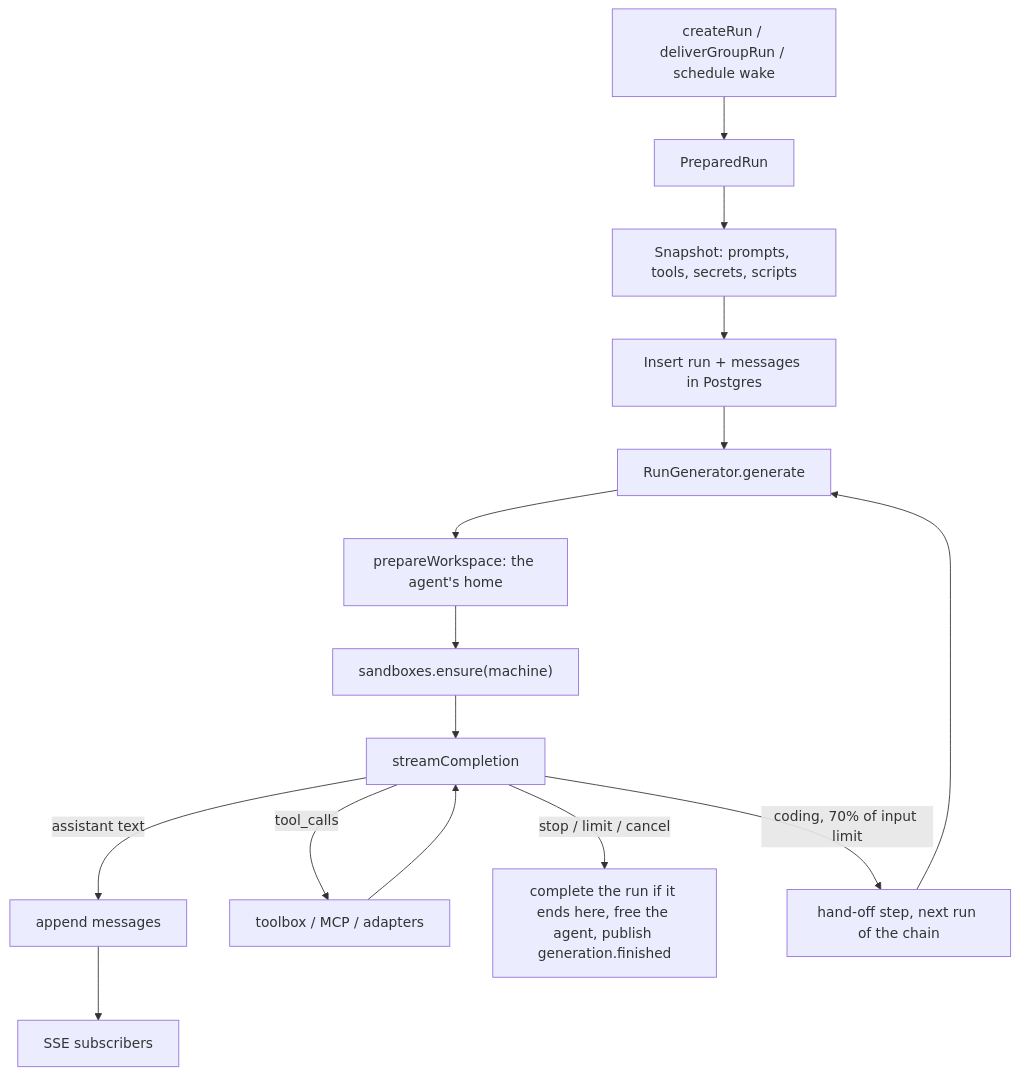
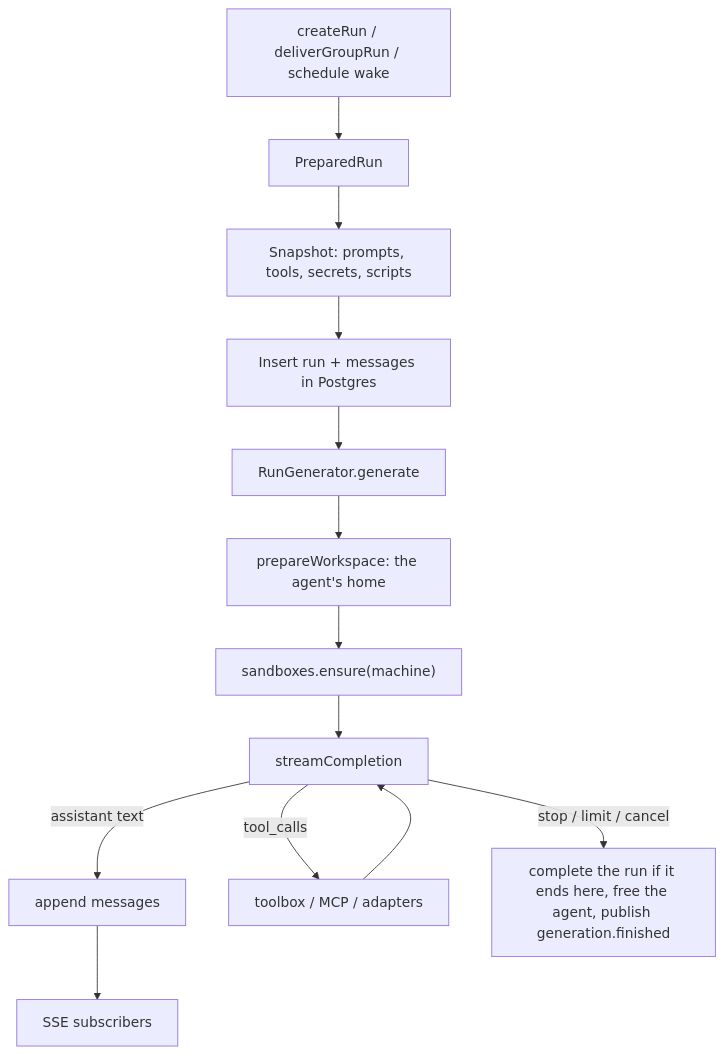
The third of 3 diagrams in docs/architecture/orchestrator.md (CigaleAI/guilds), drawn with Mermaid before and after one commit. The commit also changed other lines of this file and 30 other files, not shown here.

Commit message:
Remove run chains: the hand-off of a coding run near its input limit into a continuation run

````diff
--- a/docs/architecture/orchestrator.md
+++ b/docs/architecture/orchestrator.md
@@ -357,17 +357,15 @@
 ```mermaid
 flowchart TD
   Start["createRun / deliverGroupRun / schedule wake"] --> Prep["PreparedRun"]
   Prep --> Snap["Snapshot: prompts, tools, secrets, scripts"]
   Snap --> Persist["Insert run + messages in Postgres"]
   Persist --> Loop["RunGenerator.generate"]
   Loop --> WS["prepareWorkspace: the agent's home"]
   WS --> Box["sandboxes.ensure(machine)"]
   Box --> Step["streamCompletion"]
   Step -->|assistant text| Save["append messages"]
   Step -->|tool_calls| Tools["toolbox / MCP / adapters"]
   Tools --> Step
   Step -->|stop / limit / cancel| Done["complete the run if it ends here, free the agent, publish generation.finished"]
-  Step -->|coding, 70% of input limit| Handoff["hand-off step, next run of the chain"]
-  Handoff --> Loop
   Save --> SSE["SSE subscribers"]
 ```
````
